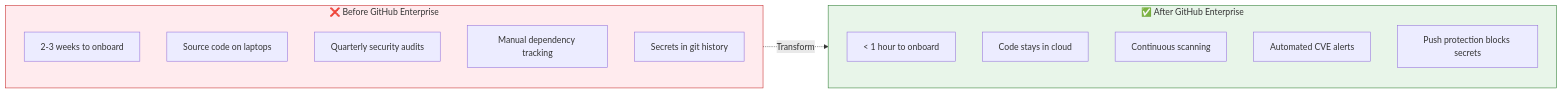
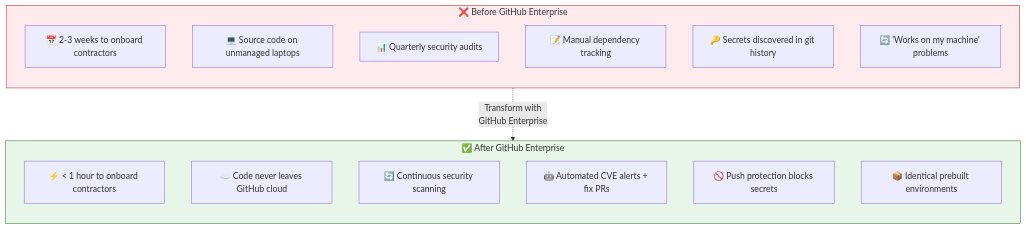
One commit to shariqh/acme-inventory-api changed the tenth of 11 diagrams in DEMO-DIAGRAMS.md. Above: the diagram before and after it, drawn with Mermaid. The commit also changed other lines of this file, not shown here.

First line of the commit message:
Update diagrams to match talk track precisely

````diff
--- a/DEMO-DIAGRAMS.md
+++ b/DEMO-DIAGRAMS.md
@@ -332,25 +378,27 @@
 ```mermaid
-flowchart LR
+flowchart TB
     subgraph before["❌ Before GitHub Enterprise"]
         direction TB
-        b1["2-3 weeks to onboard"]
-        b2["Source code on laptops"]
-        b3["Quarterly security audits"]
-        b4["Manual dependency tracking"]
-        b5["Secrets in git history"]
+        b1["📅 2-3 weeks to onboard contractors"]
+        b2["💻 Source code on unmanaged laptops"]
+        b3["📊 Quarterly security audits"]
+        b4["📝 Manual dependency tracking"]
+        b5["🔑 Secrets discovered in git history"]
+        b6["🔄 'Works on my machine' problems"]
     end
 
     subgraph after["✅ After GitHub Enterprise"]
         direction TB
-        a1["< 1 hour to onboard"]
-        a2["Code stays in cloud"]
-        a3["Continuous scanning"]
-        a4["Automated CVE alerts"]
-        a5["Push protection blocks secrets"]
+        a1["⚡ < 1 hour to onboard contractors"]
+        a2["☁️ Code never leaves GitHub cloud"]
+        a3["🔄 Continuous security scanning"]
+        a4["🤖 Automated CVE alerts + fix PRs"]
+        a5["🚫 Push protection blocks secrets"]
+        a6["📦 Identical prebuilt environments"]
     end
 
-    before -.->|"Transform"| after
+    before -.->|"Transform with<br/>GitHub Enterprise"| after
 
     style before fill:#ffebee,stroke:#c62828
     style after fill:#e8f5e9,stroke:#2e7d32
 ```
````
